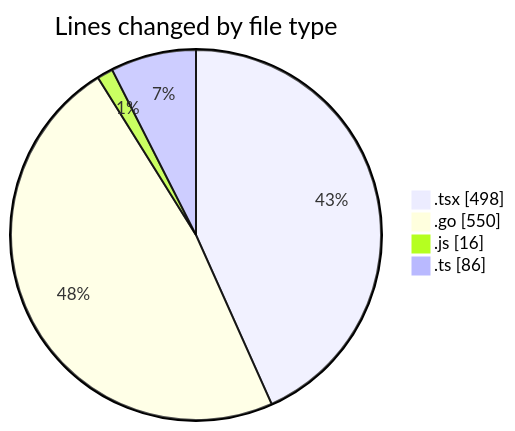
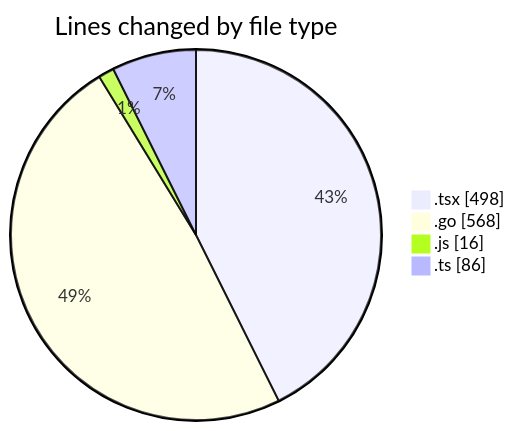
Before and after one commit to robertbonfada/code-tracking: the first of 2 diagrams in 2025-03-04/termonied_testador/README.md, drawn with Mermaid. The commit also changed other lines of this file and 1 other file, not shown here.

````diff
--- a/2025-03-04/termonied_testador/README.md
+++ b/2025-03-04/termonied_testador/README.md
@@ -26,8 +26,8 @@
 ```mermaid
 pie showData
 title Lines changed by file type
 ".tsx" : 498
-".go" : 550
+".go" : 568
 ".js" : 16
 ".ts" : 86
 ```
````
